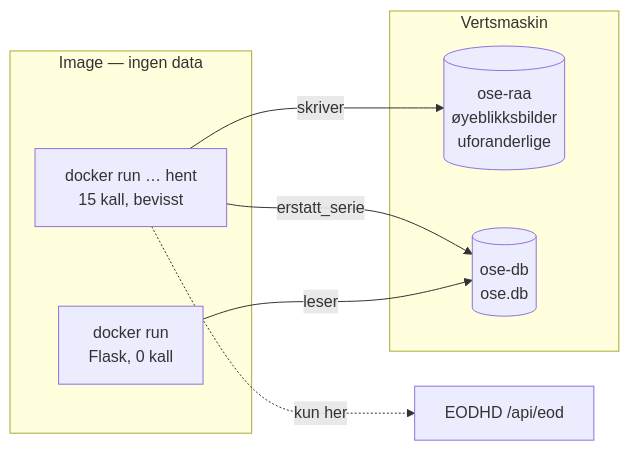
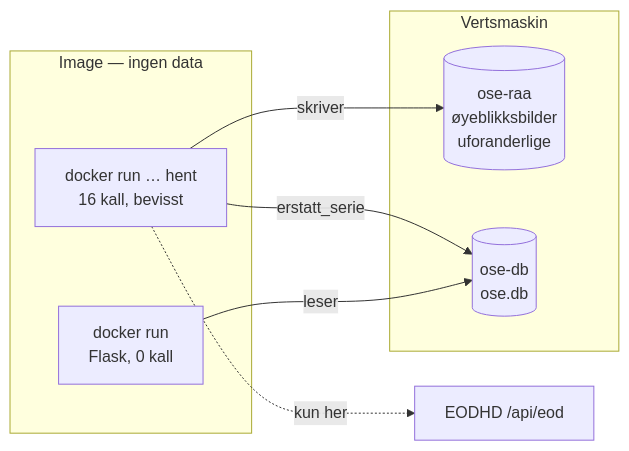
One commit to IBE160-2026/G74-lund-osen changed the second of 3 diagrams in _bmad-output/planning-artifacts/architecture/architecture-G74-lund-osen-2026-09-22/ARCHITECTURE-SPINE.md. Above: the diagram before and after it, drawn with Mermaid. The commit also changed other lines of this file and 8 other files, not shown here.

````diff
--- a/_bmad-output/planning-artifacts/architecture/architecture-G74-lund-osen-2026-09-22/ARCHITECTURE-SPINE.md
+++ b/_bmad-output/planning-artifacts/architecture/architecture-G74-lund-osen-2026-09-22/ARCHITECTURE-SPINE.md
@@ -431,17 +432,17 @@
 ```mermaid
 graph LR
     subgraph vert["Vertsmaskin"]
         raa[("ose-raa<br/>øyeblikksbilder<br/>uforanderlige")]
         db[("ose-db<br/>ose.db")]
     end
     subgraph img["Image — ingen data"]
         web["docker run<br/>Flask, 0 kall"]
-        hent["docker run … hent<br/>15 kall, bevisst"]
+        hent["docker run … hent<br/>16 kall, bevisst"]
     end
     eodhd["EODHD /api/eod"]
 
     hent -->|"skriver"| raa
     hent -->|"erstatt_serie"| db
     hent -.->|"kun her"| eodhd
     web -->|"leser"| db
 ```
````
